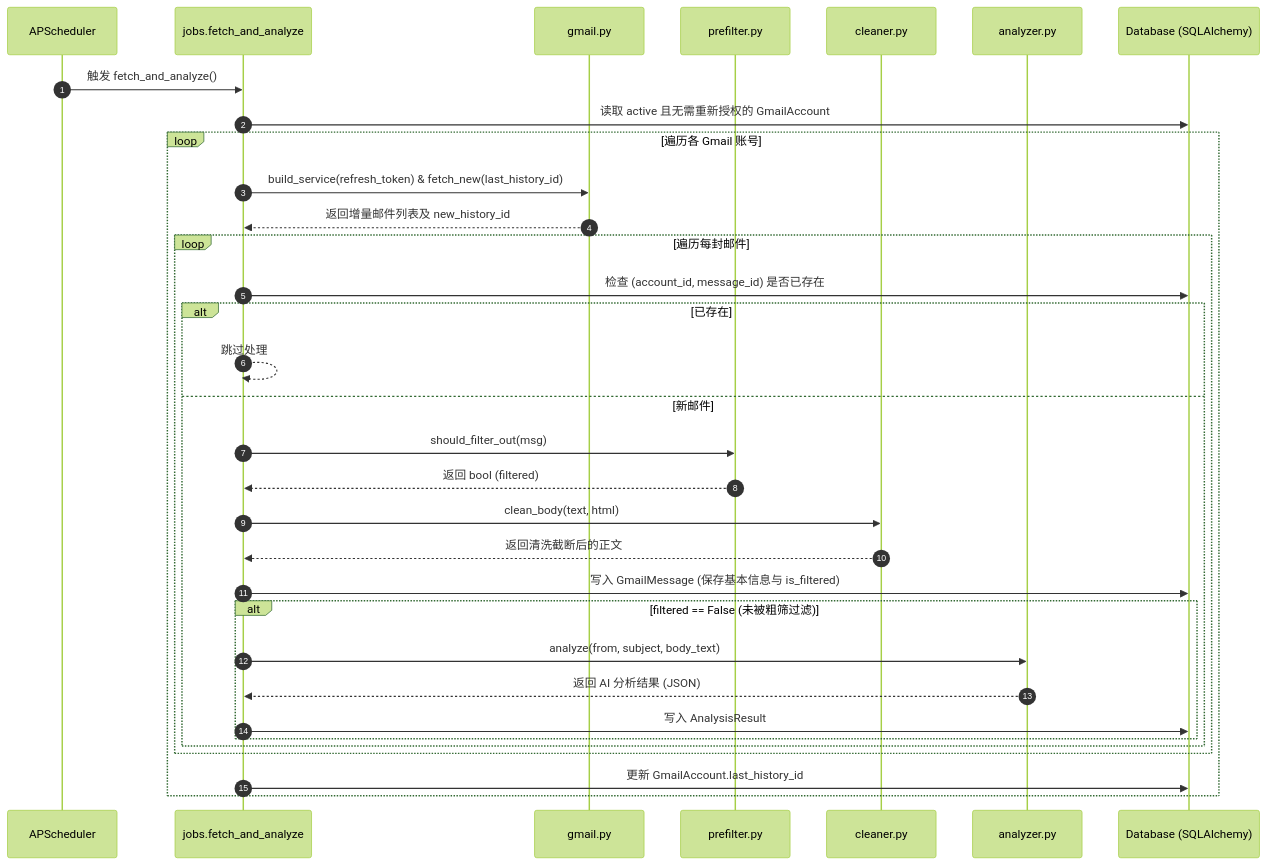
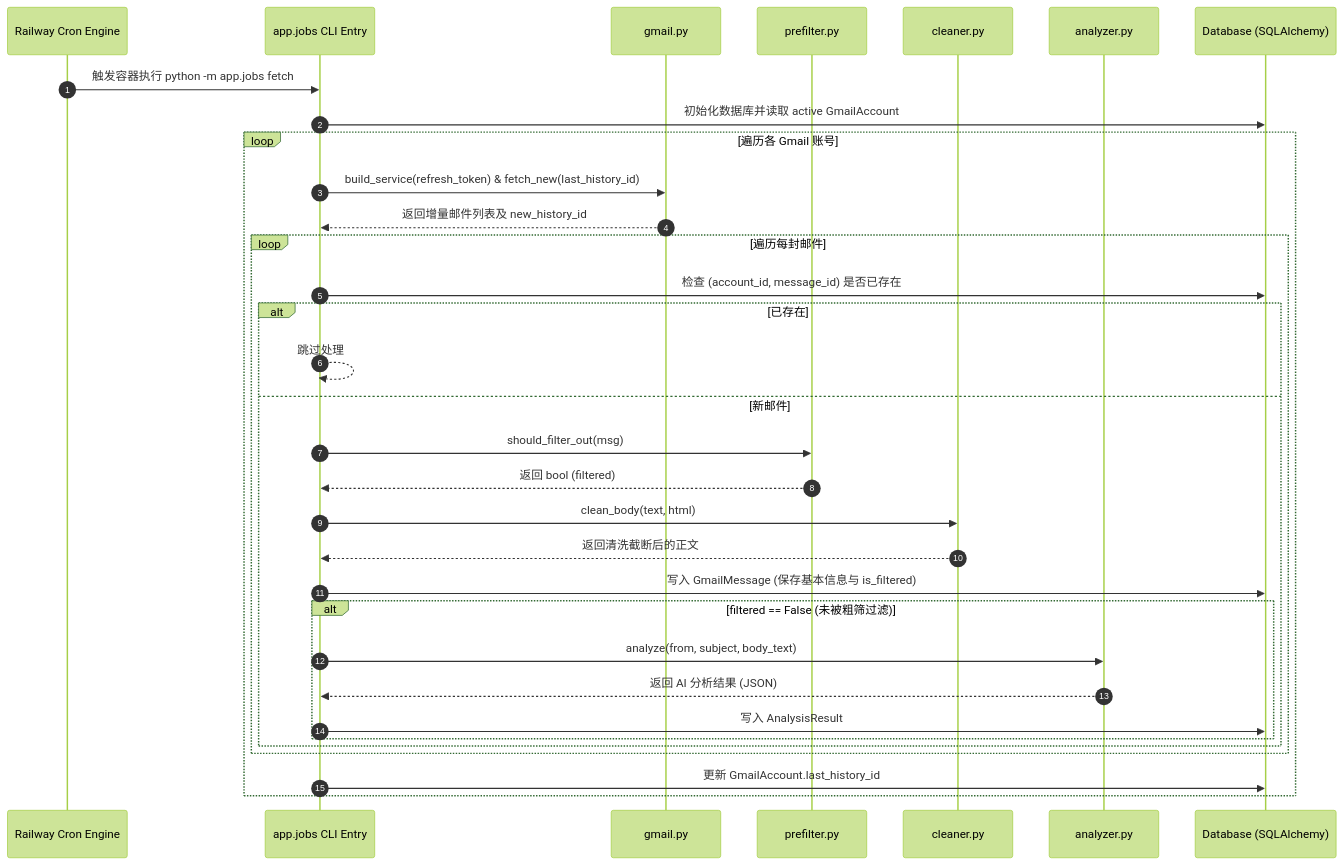
The second of 4 diagrams in PROJECT_CONTEXT.md (tongzhouliu-sys/rhmail), drawn with Mermaid (forest theme) before and after one commit. The commit also changed other lines of this file, not shown here.

````diff
--- a/PROJECT_CONTEXT.md
+++ b/PROJECT_CONTEXT.md
@@ -111,36 +117,36 @@
 ```mermaid
 sequenceDiagram
     autonumber
-    participant Sched as APScheduler
-    participant Job as jobs.fetch_and_analyze
+    participant Cron as Railway Cron Engine
+    participant Job as app.jobs CLI Entry
     participant G as gmail.py
     participant F as prefilter.py
     participant C as cleaner.py
     participant A as analyzer.py
     participant DB as Database (SQLAlchemy)
 
-    Sched->>Job: 触发 fetch_and_analyze()
-    Job->>DB: 读取 active 且无需重新授权的 GmailAccount
+    Cron->>Job: 触发容器执行 python -m app.jobs fetch
+    Job->>DB: 初始化数据库并读取 active GmailAccount
     loop 遍历各 Gmail 账号
         Job->>G: build_service(refresh_token) & fetch_new(last_history_id)
         G-->>Job: 返回增量邮件列表及 new_history_id
         loop 遍历每封邮件
             Job->>DB: 检查 (account_id, message_id) 是否已存在
             alt 已存在
                 Job-->>Job: 跳过处理
             else 新邮件
                 Job->>F: should_filter_out(msg)
                 F-->>Job: 返回 bool (filtered)
                 Job->>C: clean_body(text, html)
                 C-->>Job: 返回清洗截断后的正文
                 Job->>DB: 写入 GmailMessage (保存基本信息与 is_filtered)
                 alt filtered == False (未被粗筛过滤)
                     Job->>A: analyze(from, subject, body_text)
                     A-->>Job: 返回 AI 分析结果 (JSON)
                     Job->>DB: 写入 AnalysisResult
                 end
             end
         end
         Job->>DB: 更新 GmailAccount.last_history_id
     end
 ```
````
